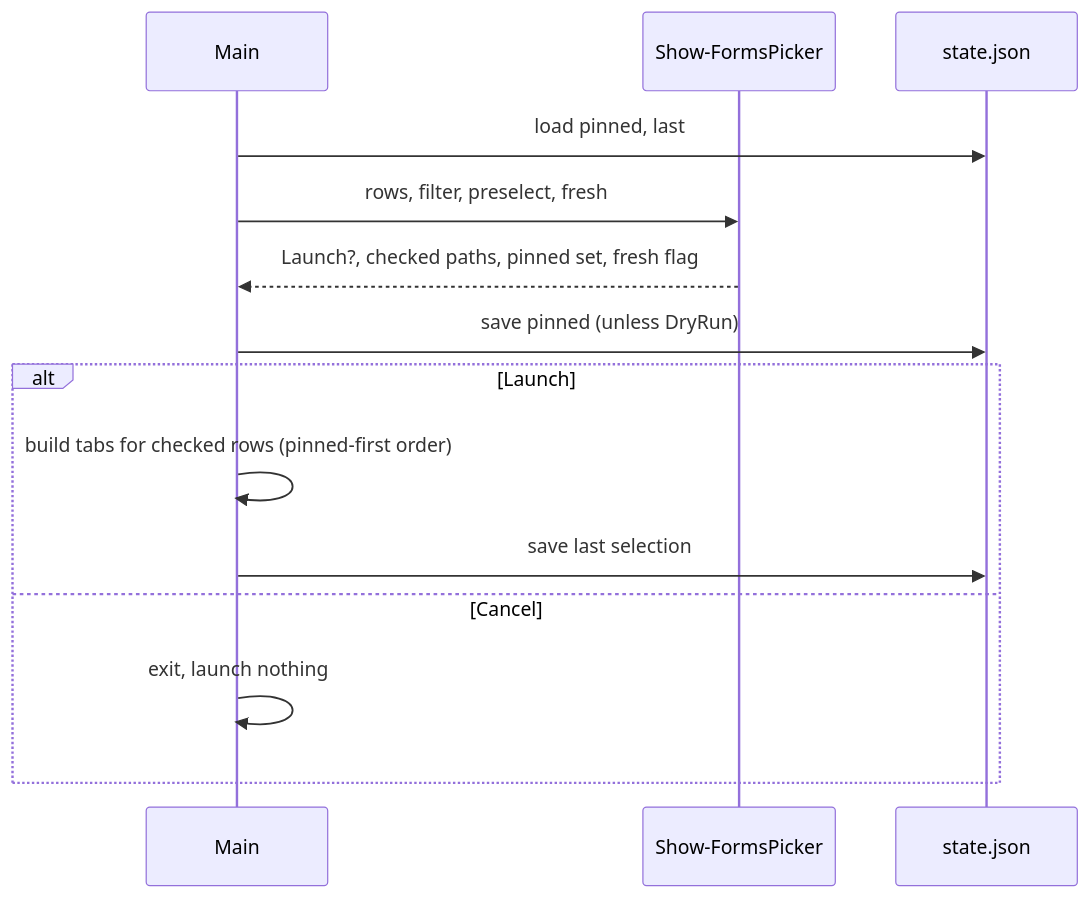
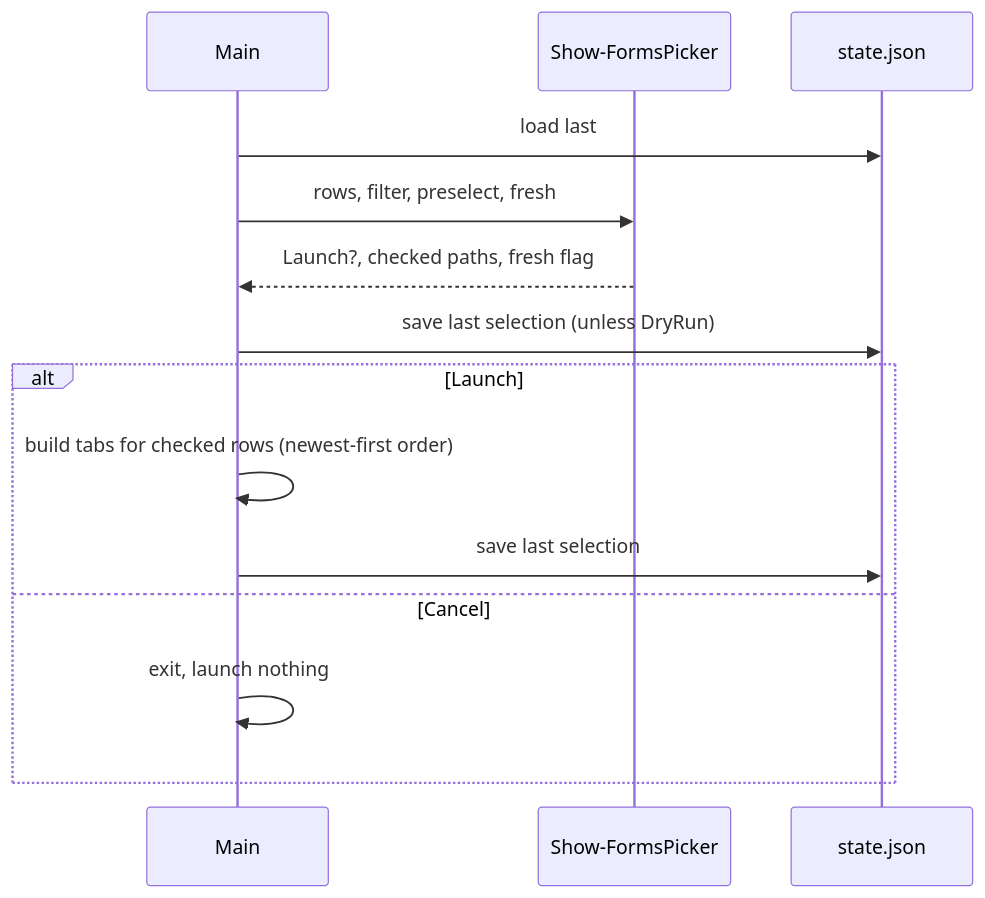
The first of 2 diagrams in .kiro/specs/02-interactive-picker/design.md (dstaulcu/workspace-orchestrator), drawn with Mermaid before and after one commit. The commit also changed other lines of this file and 20 other files, not shown here.

````diff
--- a/.kiro/specs/02-interactive-picker/design.md
+++ b/.kiro/specs/02-interactive-picker/design.md
@@ -7,16 +7,16 @@
 ```mermaid
 sequenceDiagram
     participant Main
     participant Picker as Show-FormsPicker
     participant State as state.json
-    Main->>State: load pinned, last
+    Main->>State: load last
     Main->>Picker: rows, filter, preselect, fresh
-    Picker-->>Main: Launch?, checked paths, pinned set, fresh flag
-    Main->>State: save pinned (unless DryRun)
+    Picker-->>Main: Launch?, checked paths, fresh flag
+    Main->>State: save last selection (unless DryRun)
     alt Launch
-        Main->>Main: build tabs for checked rows (pinned-first order)
+        Main->>Main: build tabs for checked rows (newest-first order)
         Main->>State: save last selection
     else Cancel
         Main->>Main: exit, launch nothing
     end
 ```
````
